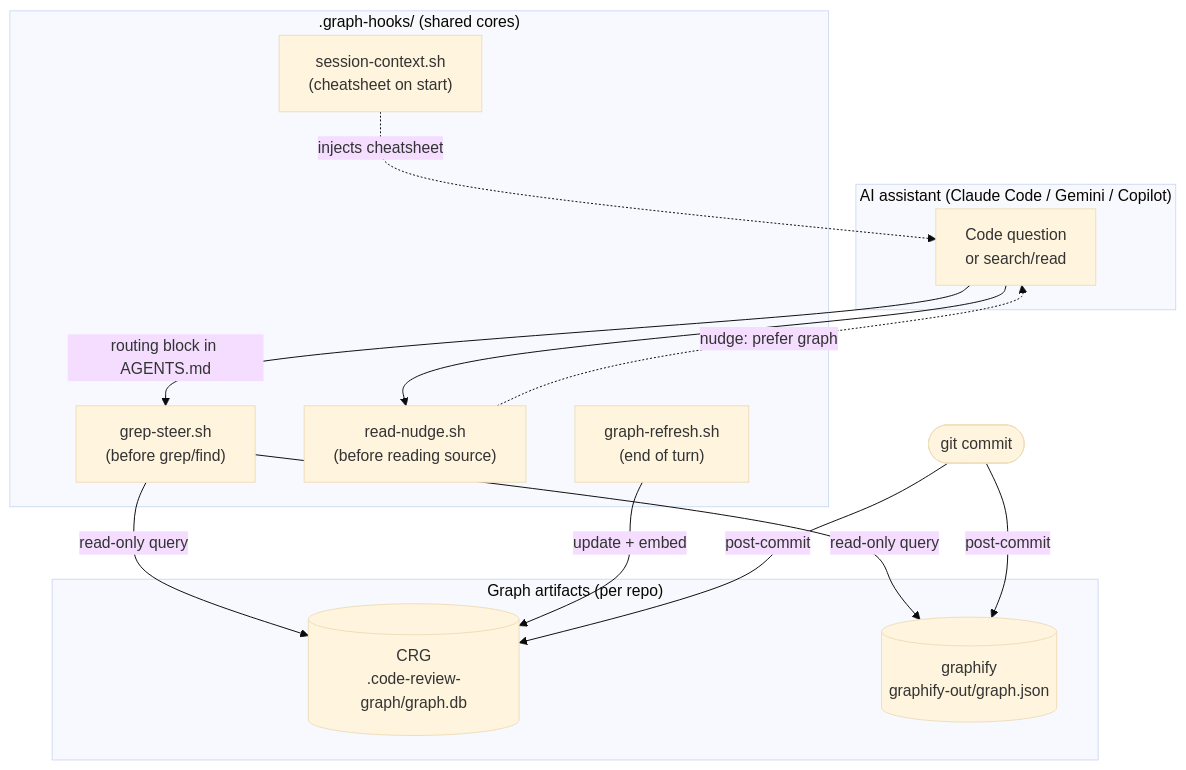
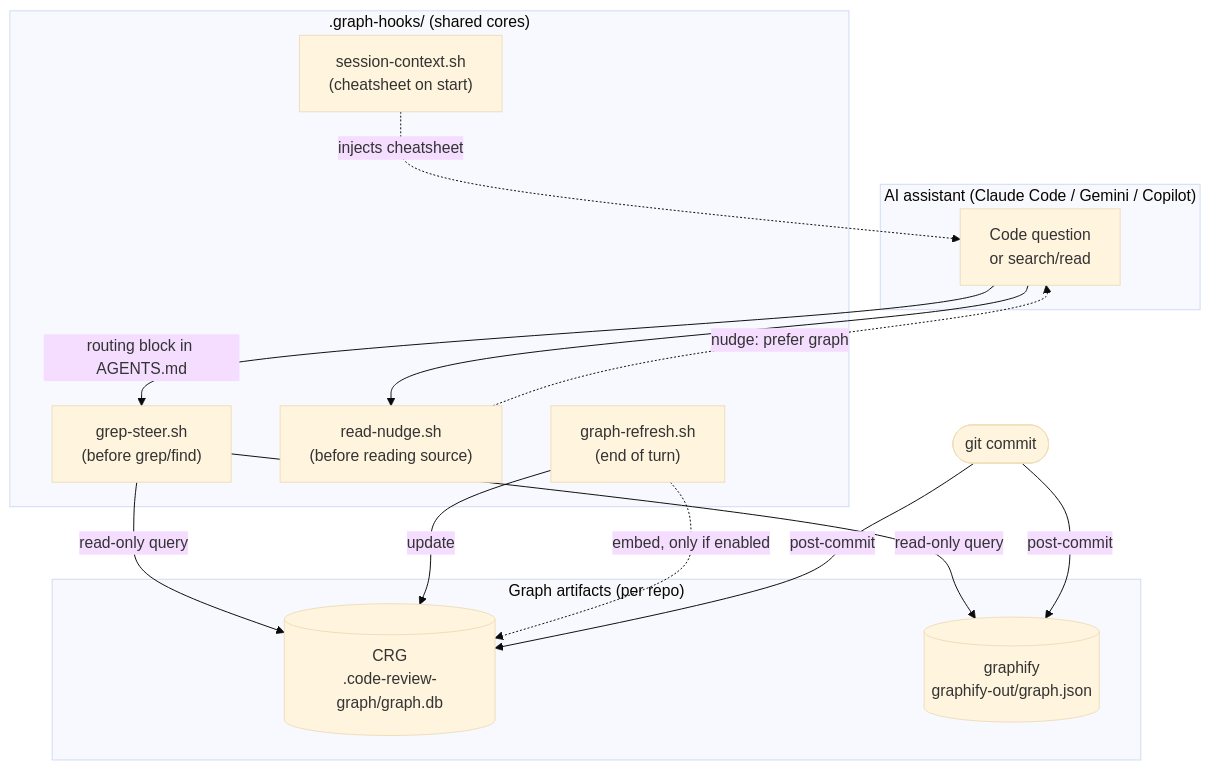
One commit to xyzxyz442/x442-skills changed the first of 5 diagrams in docs/graph-tools-during-development.md. Above: the diagram before and after it, drawn with Mermaid (base theme). The commit also changed other lines of this file and 5 other files, not shown here.

First line of the commit message:
docs(docs): document embeddings as an opt-in tier across the graph skills

````diff
--- a/docs/graph-tools-during-development.md
+++ b/docs/graph-tools-during-development.md
@@ -35,29 +35,30 @@
 ```mermaid
 flowchart TD
     subgraph agent["AI assistant (Claude Code / Gemini / Copilot)"]
         Q["Code question<br/>or search/read"]
     end
 
     subgraph hooks[".graph-hooks/ (shared cores)"]
         SC["session-context.sh<br/>(cheatsheet on start)"]
         GS["grep-steer.sh<br/>(before grep/find)"]
         RN["read-nudge.sh<br/>(before reading source)"]
         GR["graph-refresh.sh<br/>(end of turn)"]
     end
 
     subgraph artifacts["Graph artifacts (per repo)"]
         CRG[("CRG<br/>.code-review-graph/graph.db")]
         GFY[("graphify<br/>graphify-out/graph.json")]
     end
 
     Q -->|"routing block in AGENTS.md"| GS
     Q --> RN
     SC -.->|injects cheatsheet| Q
     GS -->|read-only query| CRG
     GS -->|read-only query| GFY
     RN -.->|nudge: prefer graph| Q
 
-    GR -->|update + embed| CRG
+    GR -->|update| CRG
+    GR -.->|embed, only if enabled| CRG
     commit(["git commit"]) -->|post-commit| CRG
     commit -->|post-commit| GFY
 ```
````
